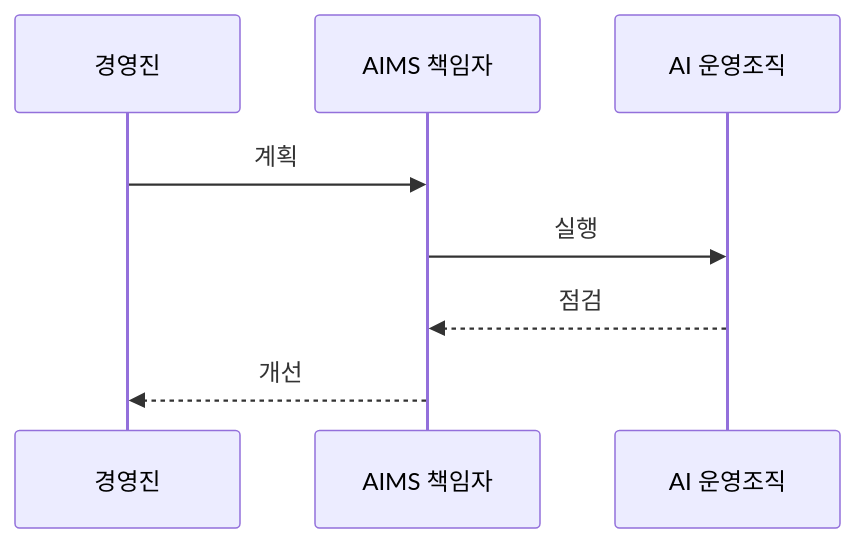
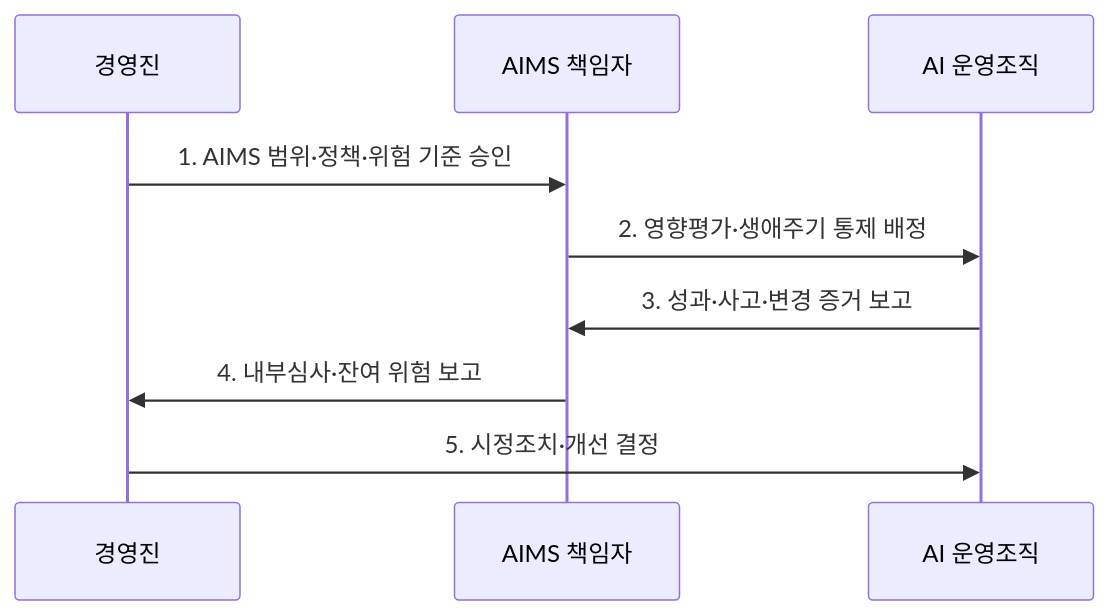
The second of 2 diagrams in src/content/docs/notes/07-law-policy/031_iso_42001.md (agnusdei1207/knowledge-base), drawn with Mermaid before and after one commit. The commit also changed other lines of this file and 9 other files, not shown here.

````diff
--- a/src/content/docs/notes/07-law-policy/031_iso_42001.md
+++ b/src/content/docs/notes/07-law-policy/031_iso_42001.md
@@ -82,10 +79,11 @@
 ```mermaid
 sequenceDiagram
     participant M as 경영진
     participant A as AIMS 책임자
     participant O as AI 운영조직
-    M->>A: 계획
-    A->>O: 실행
-    O-->>A: 점검
-    A-->>M: 개선
+    M->>A: 1. AIMS 범위·정책·위험 기준 승인
+    A->>O: 2. 영향평가·생애주기 통제 배정
+    O->>A: 3. 성과·사고·변경 증거 보고
+    A->>M: 4. 내부심사·잔여 위험 보고
+    M->>O: 5. 시정조치·개선 결정
 ```
````
